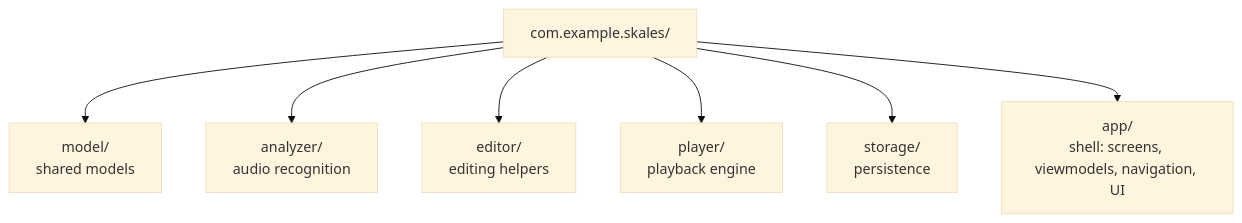
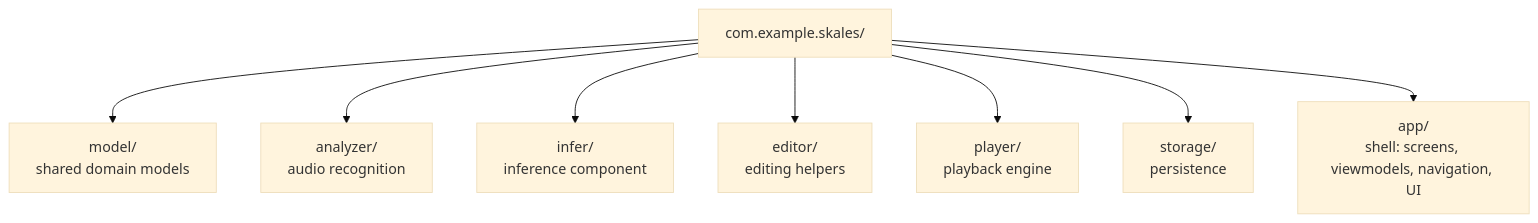
Before and after one commit to robertdyr/skales-v1: the fourth of 5 diagrams in docs/architecture/overview.md, drawn with Mermaid (base theme). The commit also changed other lines of this file and 34 other files, not shown here.

````diff
--- a/docs/architecture/overview.md
+++ b/docs/architecture/overview.md
@@ -99,10 +105,11 @@
 ```mermaid
 flowchart TD
     Root["com.example.skales/"]
-    Root --> ModelDir["model/<br/>shared models"]
+    Root --> ModelDir["model/<br/>shared domain models"]
     Root --> AnalyzerDir["analyzer/<br/>audio recognition"]
+    Root --> InferDir["infer/<br/>inference component"]
     Root --> EditorDir["editor/<br/>editing helpers"]
     Root --> PlayerDir["player/<br/>playback engine"]
     Root --> StorageDir["storage/<br/>persistence"]
     Root --> AppDir["app/<br/>shell: screens, viewmodels, navigation, UI"]
 ```
````
